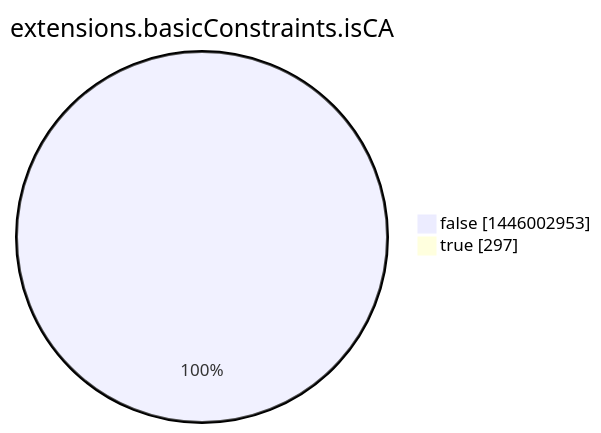
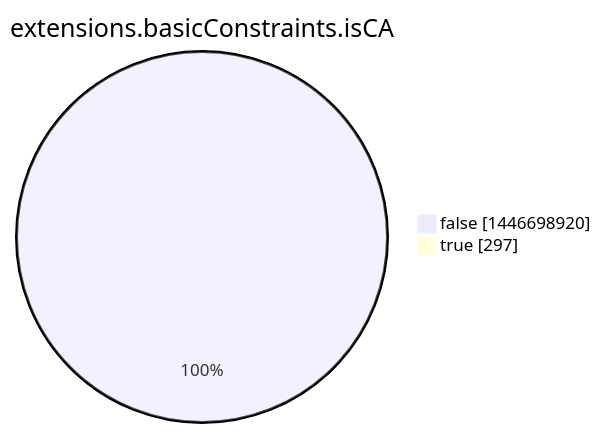
Before and after one commit to christiankrug/ctmonitor_visualization: the eighth of 15 diagrams in argon2022/README.md, drawn with Mermaid. The commit also changed other lines of this file, not shown here.

````diff
--- a/argon2022/README.md
+++ b/argon2022/README.md
@@ -2760,6 +2760,6 @@
 ```mermaid
 pie showData
 title extensions.basicConstraints.isCA
-"false" :1446002953
+"false" :1446698920
 "true" :297
 ```
````
